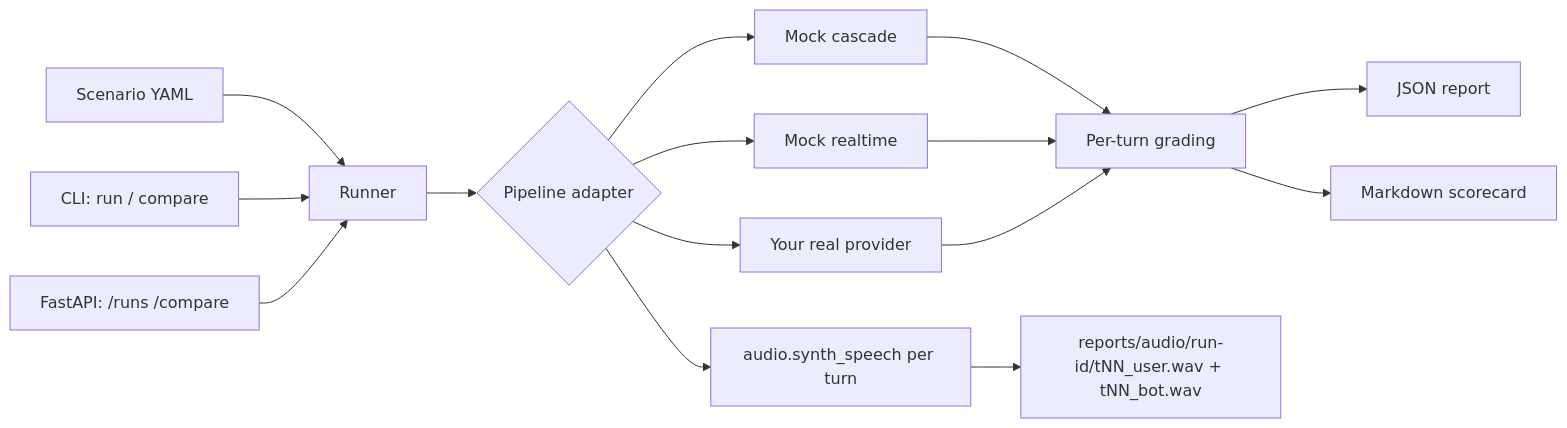
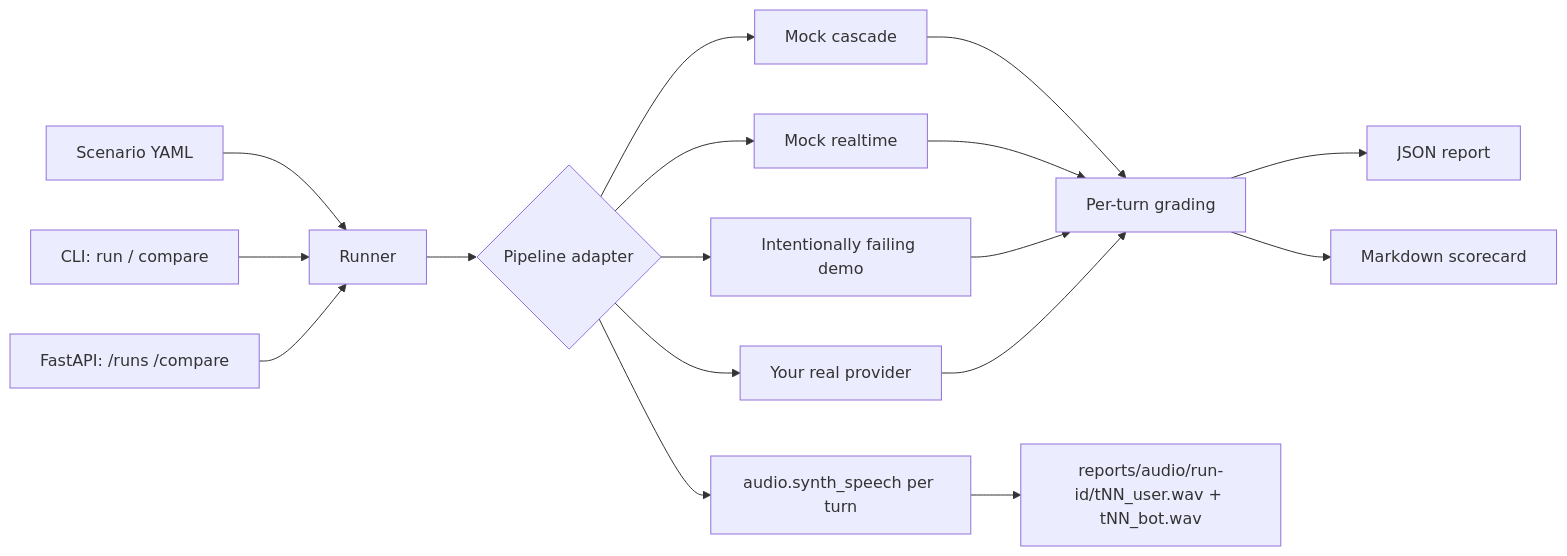
One commit to rand0wn/voice-eval changed the diagram in README.md. Above: the diagram before and after it, drawn with Mermaid. The commit also changed other lines of this file and 8 other files, not shown here.

Commit message:
Add CI and degraded pipeline demo

````diff
--- a/README.md
+++ b/README.md
@@ -217,17 +228,19 @@
 ```mermaid
 flowchart LR
   YAML[Scenario YAML] --> Runner
   CLI[CLI: run / compare] --> Runner
   API[FastAPI: /runs /compare] --> Runner
   Runner --> Adapter{Pipeline adapter}
   Adapter --> Cascade[Mock cascade]
   Adapter --> Realtime[Mock realtime]
+  Adapter --> Degraded[Intentionally failing demo]
   Adapter --> Real[Your real provider]
   Adapter --> Audio[audio.synth_speech per turn]
   Cascade --> Grade[Per-turn grading]
   Realtime --> Grade
+  Degraded --> Grade
   Real --> Grade
   Grade --> JSON[JSON report]
   Grade --> MD[Markdown scorecard]
   Audio --> WAV[reports/audio/run-id/tNN_user.wav + tNN_bot.wav]
 ```
````
